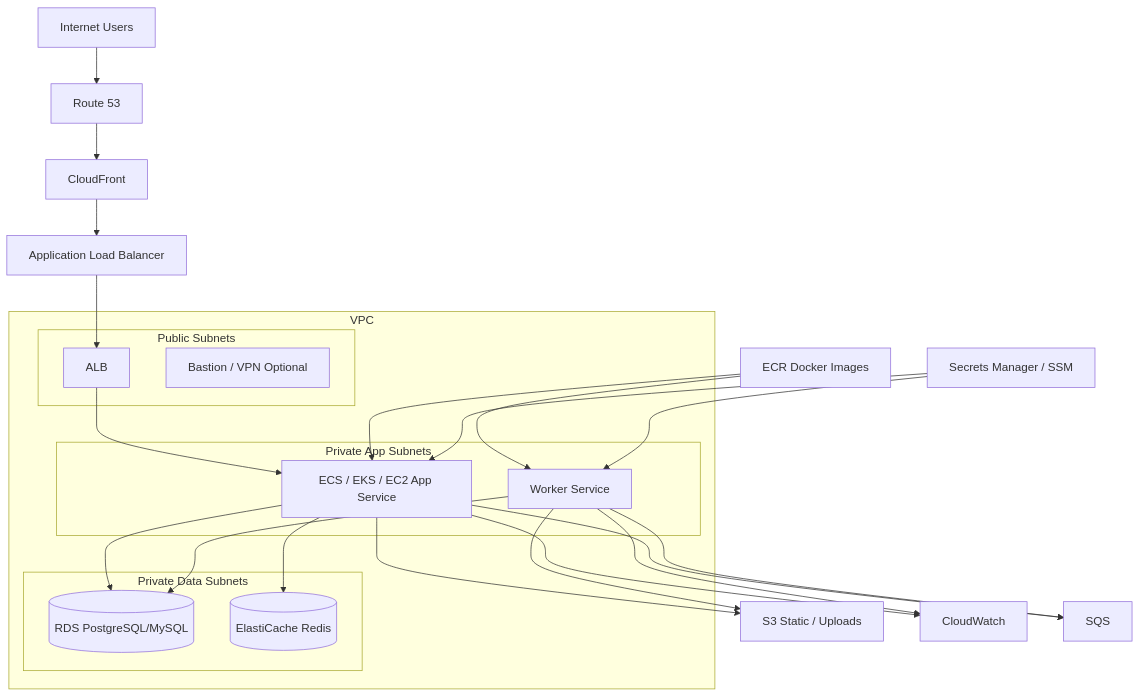
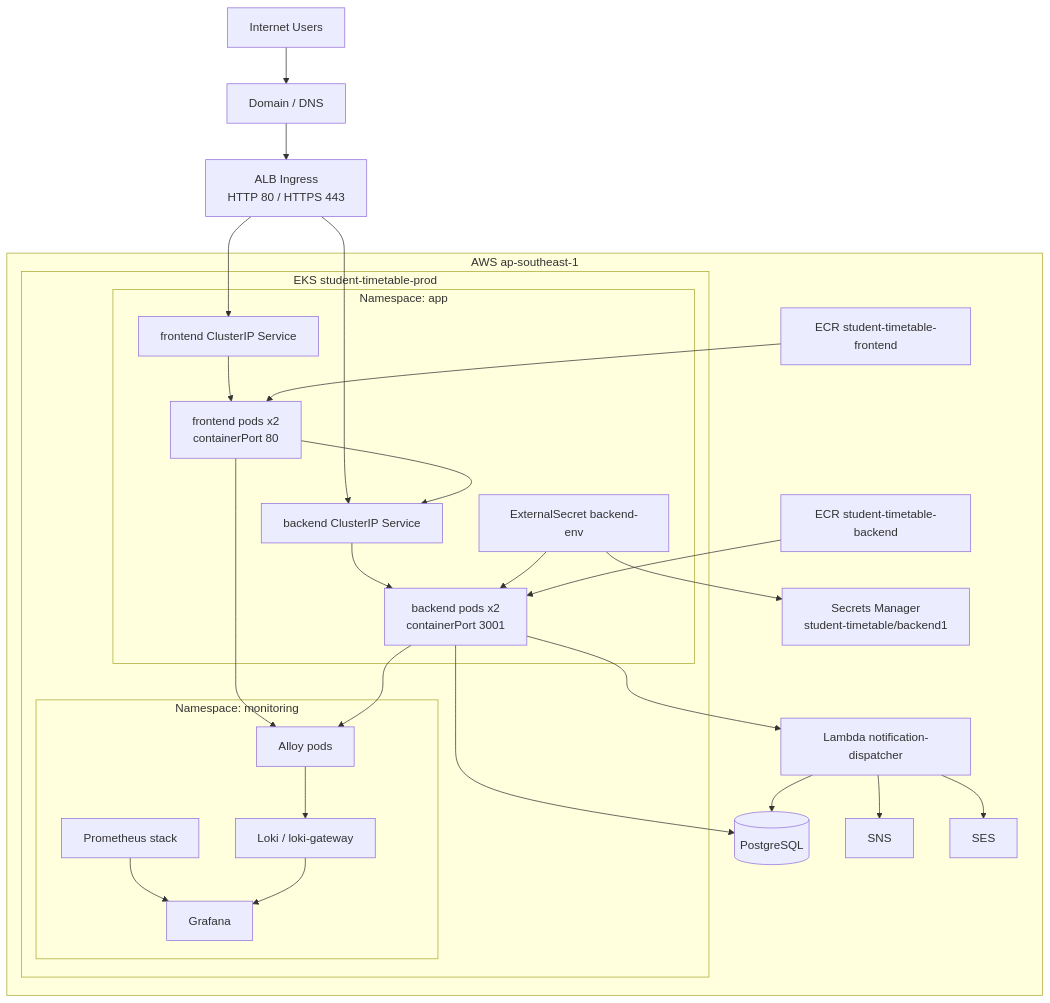
Before and after one commit to Hikaru2035/student-timetable: the second of 8 diagrams in diagram.md, drawn with Mermaid. The commit also changed other lines of this file, not shown here.

First line of the commit message:
Revise architecture diagrams for student timetable system

````diff
--- a/diagram.md
+++ b/diagram.md
@@ -78,46 +65,52 @@
 ```mermaid
 flowchart TB
     Internet[Internet Users]
-    Route53[Route 53]
-    CloudFront[CloudFront]
-    ALB[Application Load Balancer]
+    Route[Domain / DNS]
+    Ingress[ALB Ingress\nHTTP 80 / HTTPS 443]
 
-    subgraph VPC[VPC]
-        subgraph PublicSubnets[Public Subnets]
-            ALB2[ALB]
-            Bastion[Bastion / VPN Optional]
+    subgraph AWS[AWS ap-southeast-1]
+        subgraph EKSCluster[EKS student-timetable-prod]
+            subgraph AppNS[Namespace: app]
+                FEPod[frontend pods x2\ncontainerPort 80]
+                BEPod[backend pods x2\ncontainerPort 3001]
+                FEsvc[frontend ClusterIP Service]
+                BEsvc[backend ClusterIP Service]
+                ExtSecret[ExternalSecret backend-env]
+            end
+
+            subgraph MonNS[Namespace: monitoring]
+                GrafanaSvc[Grafana]
+                LokiSvc[Loki / loki-gateway]
+                AlloyPods[Alloy pods]
+                PromSvc[Prometheus stack]
+            end
         end
 
-        subgraph PrivateSubnetsApp[Private App Subnets]
-            ECS1[ECS / EKS / EC2 App Service]
-            ECS2[Worker Service]
-        end
-
-        subgraph PrivateSubnetsData[Private Data Subnets]
-            RDS[(RDS PostgreSQL/MySQL)]
-            Redis[(ElastiCache Redis)]
-        end
+        ECR1[ECR student-timetable-frontend]
+        ECR2[ECR student-timetable-backend]
+        SecretMgr[Secrets Manager\nstudent-timetable/backend1]
+        LambdaFn[Lambda notification-dispatcher]
+        RDS[(PostgreSQL)]
+        SNS[SNS]
+        SES[SES]
     end
 
-    S3[S3 Static / Uploads]
-    ECR[ECR Docker Images]
-    CW[CloudWatch]
-    Secrets[Secrets Manager / SSM]
-    SQS[SQS]
-
-    Internet --> Route53 --> CloudFront --> ALB --> ALB2
-    ALB2 --> ECS1
-    ECS1 --> RDS
-    ECS1 --> Redis
-    ECS1 --> S3
-    ECS1 --> SQS
-    ECS2 --> SQS
-    ECS2 --> RDS
-    ECS2 --> S3
-    ECR --> ECS1
-    ECR --> ECS2
-    ECS1 --> CW
-    ECS2 --> CW
-    Secrets --> ECS1
-    Secrets --> ECS2
+    Internet --> Route --> Ingress
+    Ingress --> FEsvc --> FEPod
+    Ingress --> BEsvc --> BEPod
+    FEPod --> BEsvc
+    BEPod --> RDS
+    ExtSecret --> SecretMgr
+    ExtSecret --> BEPod
+    BEPod --> LambdaFn
+    LambdaFn --> RDS
+    LambdaFn --> SNS
+    LambdaFn --> SES
+    ECR1 --> FEPod
+    ECR2 --> BEPod
+    FEPod --> AlloyPods
+    BEPod --> AlloyPods
+    AlloyPods --> LokiSvc
+    PromSvc --> GrafanaSvc
+    LokiSvc --> GrafanaSvc
 ```
````
